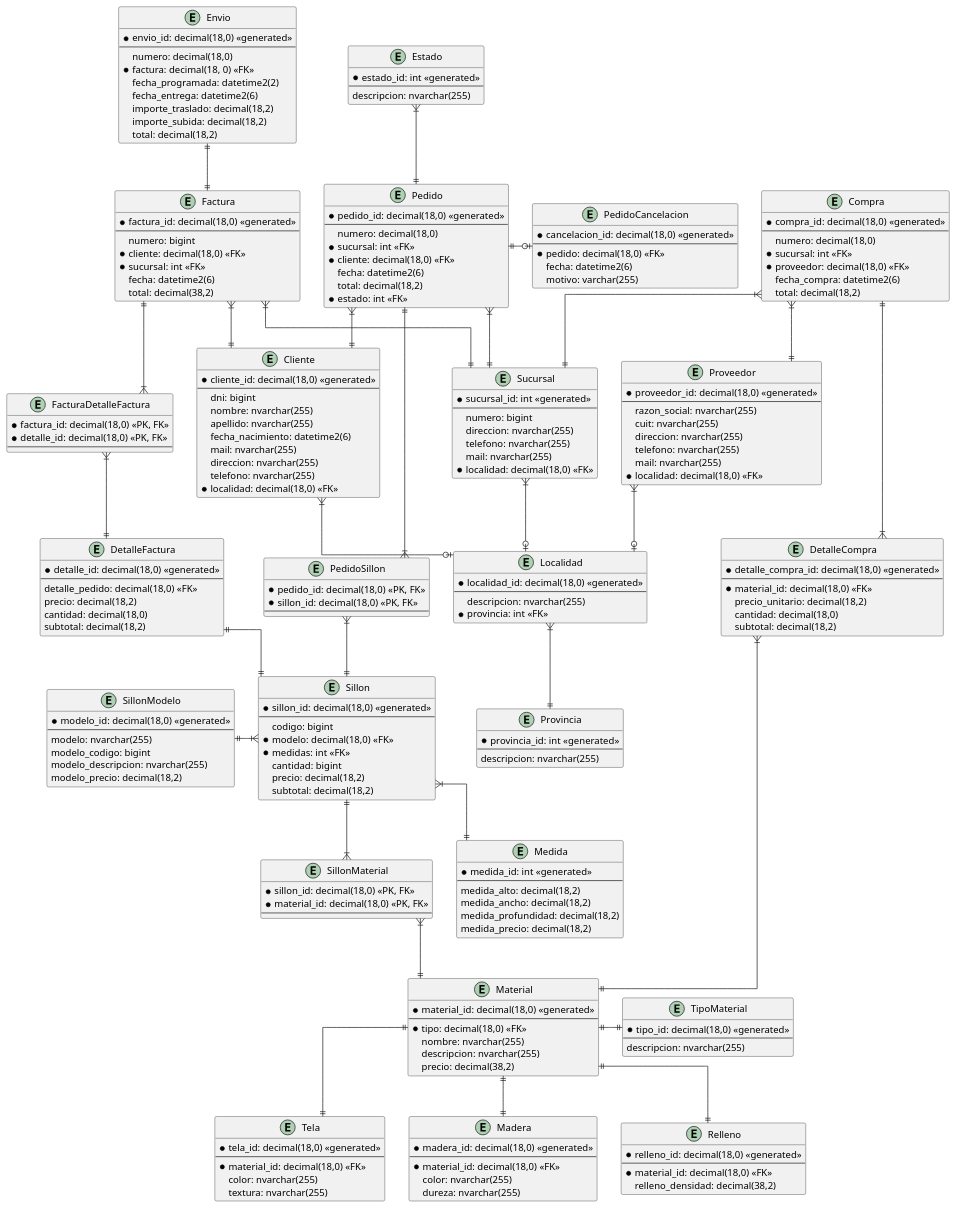
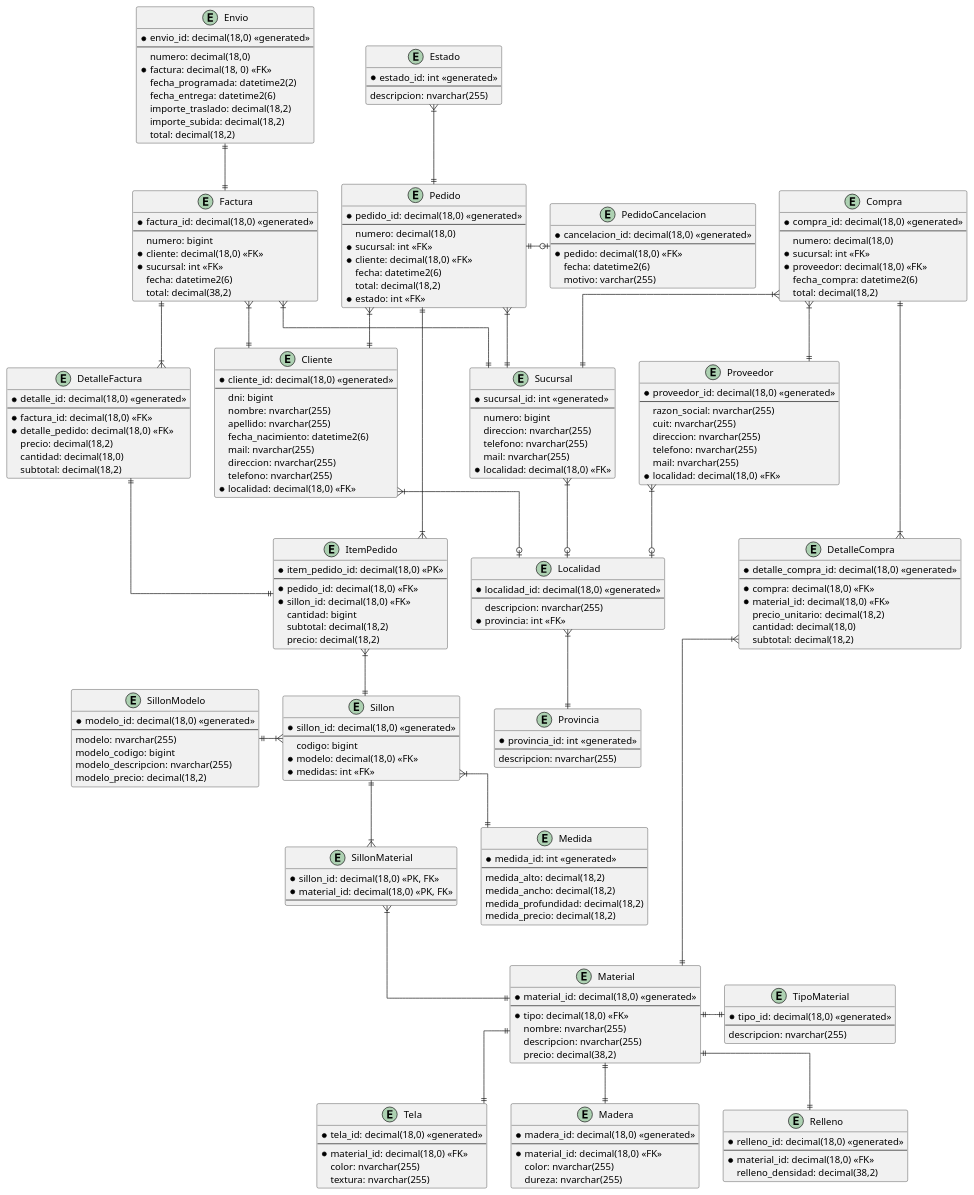
The diagram in DER_Modelo.puml (jreggiardoUTN/UTN-sillones), drawn with PlantUML before and after one commit. The commit also changed 5 other files, not shown here.

```diff
--- a/DER_Modelo.puml
+++ b/DER_Modelo.puml
@@ -13,7 +13,6 @@
     mail: nvarchar(255)
     *localidad: decimal(18,0) <<FK>>
 }
-
 
 entity "Cliente" {
     *cliente_id: decimal(18,0) <<generated>>
@@ -45,10 +44,14 @@
     descripcion: nvarchar(255)
 }
 
-entity "PedidoSillon" {
-    *pedido_id: decimal(18,0) <<PK, FK>>
-    *sillon_id: decimal(18,0) <<PK, FK>>
+entity "ItemPedido" {
+    *item_pedido_id: decimal(18,0) <<PK>>
     --
+    *pedido_id: decimal(18,0) <<FK>>
+    *sillon_id: decimal(18,0) <<FK>>
+    cantidad: bigint
+    subtotal: decimal(18,2)
+    precio: decimal(18,2)
 }
 
 entity "Sillon" {
@@ -57,9 +60,6 @@
     codigo: bigint
     *modelo: decimal(18,0) <<FK>>
     *medidas: int <<FK>>
-    cantidad: bigint
-    precio: decimal(18,2)
-    subtotal: decimal(18,2)
 }
 
 entity "Medida" {
@@ -143,17 +143,11 @@
     total: decimal(38,2)
 }
 
-entity "FacturaDetalleFactura" {
-    *factura_id: decimal(18,0) <<PK, FK>>
-    *detalle_id: decimal(18,0) <<PK, FK>>
-    --
-}
-
-
 entity "DetalleFactura" {
     *detalle_id: decimal(18,0) <<generated>>
     --
-    detalle_pedido: decimal(18,0) <<FK>>
+    *factura_id: decimal(18,0) <<FK>>
+    *detalle_pedido: decimal(18,0) <<FK>>
     precio: decimal(18,2)
     cantidad: decimal(18,0)
     subtotal: decimal(18,2)
@@ -196,6 +190,7 @@
 entity "DetalleCompra" {
     *detalle_compra_id: decimal(18,0) <<generated>>
     --
+    *compra: decimal(18,0) <<FK>>
     *material_id: decimal(18,0) <<FK>>
     precio_unitario: decimal(18,2)
     cantidad: decimal(18,0)
@@ -222,8 +217,8 @@
 Sucursal }|--o| Localidad
 Pedido }|--|| Sucursal
 Pedido }|--|| Cliente
-Pedido ||--|{ PedidoSillon
-PedidoSillon }|--|| Sillon
+Pedido ||--|{ ItemPedido
+ItemPedido }|--|| Sillon
 Pedido ||-u-|{ Estado
 Sillon }|-l-|| SillonModelo
 Sillon }|--|| Medida
@@ -235,9 +230,8 @@
 Material ||--|| Tela
 Factura }|--|| Cliente
 Factura }|--|| Sucursal
-Factura ||--|{ FacturaDetalleFactura
-FacturaDetalleFactura }|--|| DetalleFactura
-DetalleFactura ||--|| Sillon
+Factura ||--|{ DetalleFactura
+DetalleFactura ||--|| ItemPedido
 Envio ||--|| Factura
 Compra }|--|| Proveedor
 Compra }|--|| Sucursal
```
